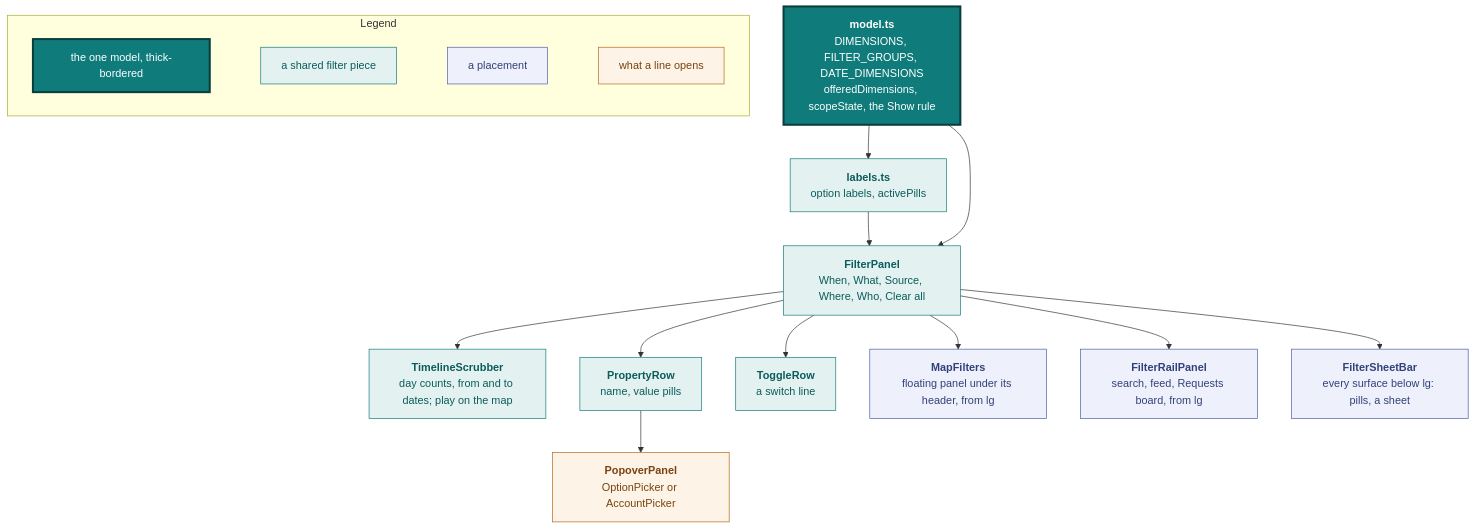
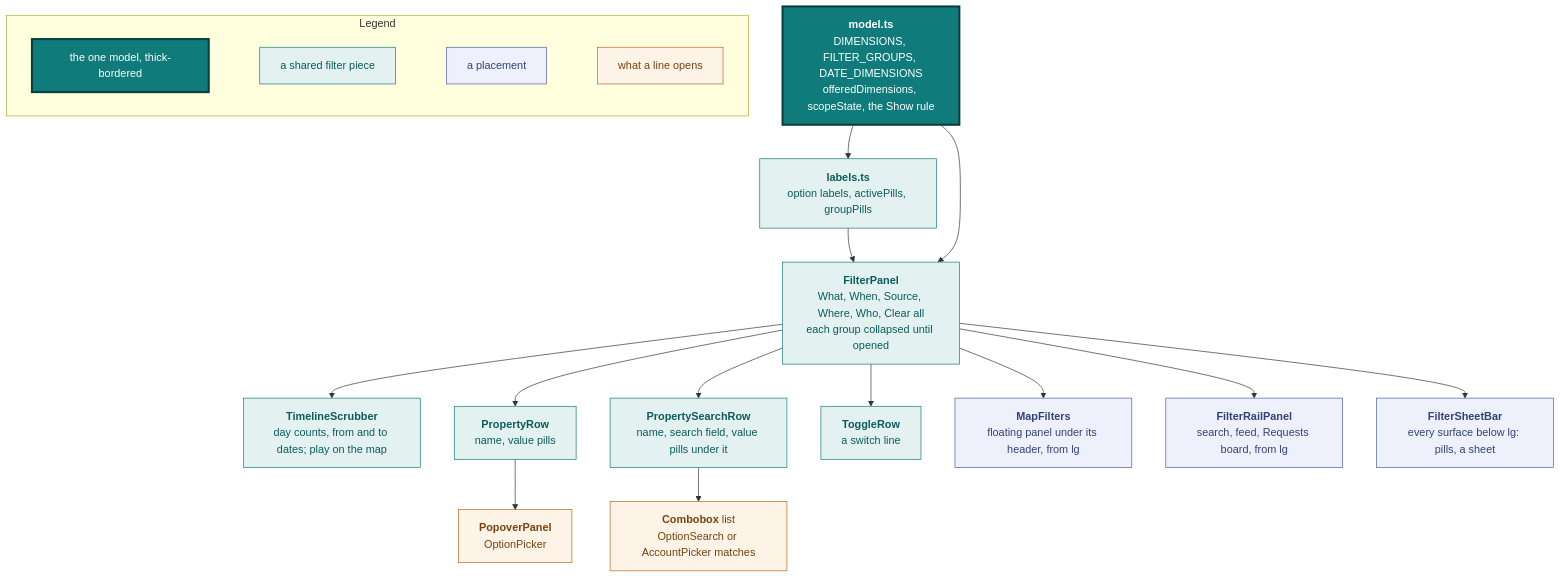
The eighth of 23 diagrams in docs/design.md (vidithq/vidit), drawn with Mermaid before and after one commit. The commit also changed other lines of this file and 18 other files, not shown here.

First line of the commit message:
fix(filters): collapsible groups, What first, and search in the line

````diff
--- a/docs/design.md
+++ b/docs/design.md
@@ -761,47 +761,53 @@
 ```mermaid
 flowchart TB
   classDef core fill:#0f7b7a,stroke:#083f3e,stroke-width:3px,color:#ffffff
   classDef shared fill:#e3f2f1,stroke:#0f7b7a,color:#0b5c5b
   classDef page fill:#eef1fb,stroke:#4a5fa5,color:#33417a
   classDef state fill:#fdf3e7,stroke:#b8661a,color:#7a430f
 
   subgraph legend [Legend]
     direction LR
     l1["`the one model, thick-bordered`"]:::core
     l2["`a shared filter piece`"]:::shared
     l3["`a placement`"]:::page
     l4["`what a line opens`"]:::state
     l1 ~~~ l2 ~~~ l3 ~~~ l4
   end
 
   model["`**model.ts**
   DIMENSIONS, FILTER_GROUPS, DATE_DIMENSIONS
   offeredDimensions, scopeState, the Show rule`"]:::core
   labels["`**labels.ts**
-  option labels, activePills`"]:::shared
+  option labels, activePills, groupPills`"]:::shared
   panel["`**FilterPanel**
-  When, What, Source, Where, Who, Clear all`"]:::shared
+  What, When, Source, Where, Who, Clear all
+  each group collapsed until opened`"]:::shared
   timeline["`**TimelineScrubber**
   day counts, from and to dates; play on the map`"]:::shared
   line["`**PropertyRow**
   name, value pills`"]:::shared
+  search["`**PropertySearchRow**
+  name, search field, value pills under it`"]:::shared
   toggle["`**ToggleRow**
   a switch line`"]:::shared
   editor["`**PopoverPanel**
-  OptionPicker or AccountPicker`"]:::state
+  OptionPicker`"]:::state
+  matches["`**Combobox** list
+  OptionSearch or AccountPicker matches`"]:::state
   map["`**MapFilters**
   floating panel under its header, from lg`"]:::page
   rail["`**FilterRailPanel**
   search, feed, Requests board, from lg`"]:::page
   phone["`**FilterSheetBar**
   every surface below lg: pills, a sheet`"]:::page
 
   model --> labels --> panel
   model --> panel
   panel --> timeline
   panel --> line --> editor
+  panel --> search --> matches
   panel --> toggle
   panel --> map
   panel --> rail
   panel --> phone
 ```
````
